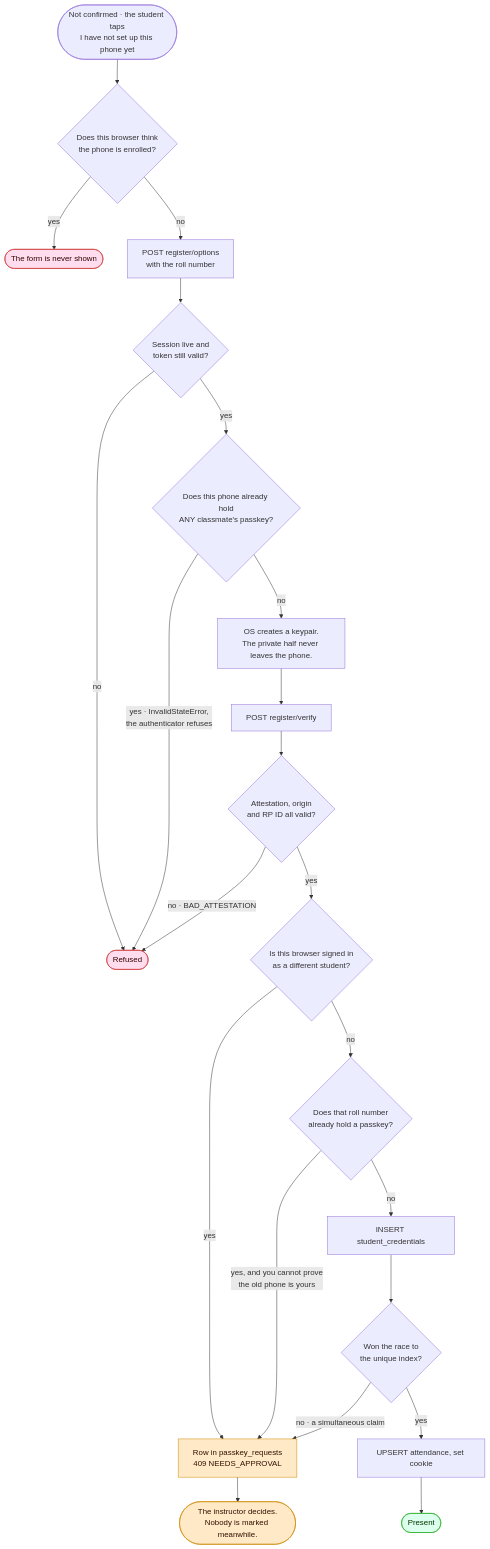
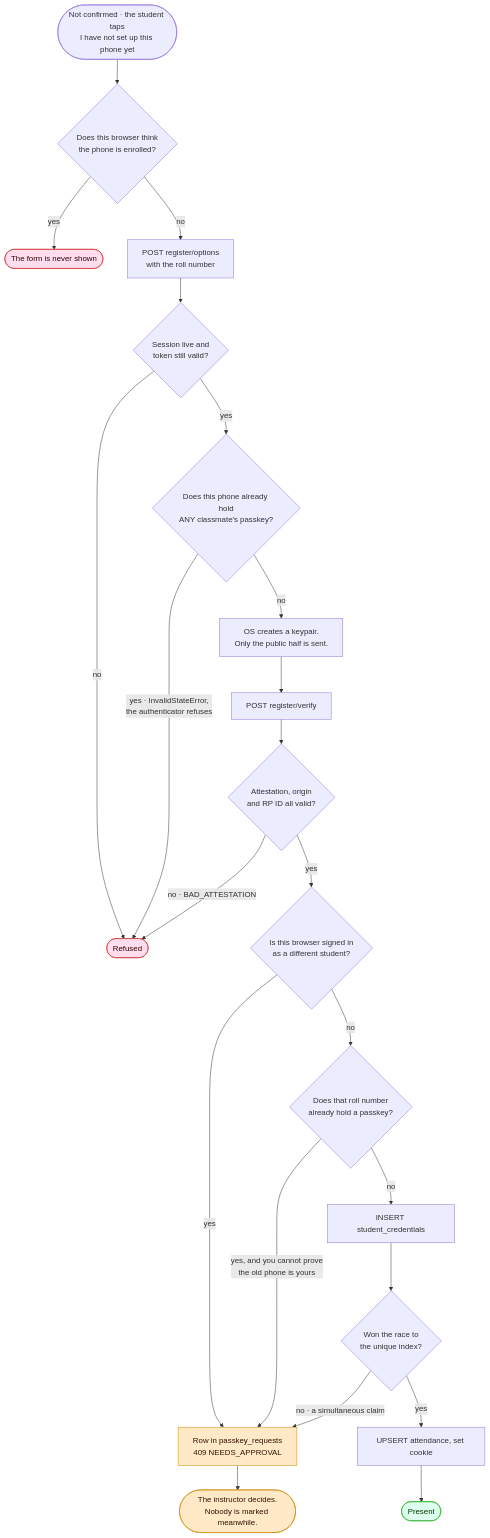
One commit to dibya-roy-sundar/APP_Attendance changed the fourth of 8 diagrams in README.md. Above: the diagram before and after it, drawn with Mermaid. The commit also changed other lines of this file and 1 other file, not shown here.

````diff
--- a/README.md
+++ b/README.md
@@ -180,29 +180,29 @@
 ```mermaid
 flowchart TD
   a(["Not confirmed · the student taps<br/>I have not set up this phone yet"]) --> flag{"Does this browser think<br/>the phone is enrolled?"}
   flag -- yes --> hide(["The form is never shown"]):::bad
   flag -- no --> opts["POST register/options<br/>with the roll number"]
   opts --> gate{"Session live and<br/>token still valid?"}
   gate -- no --> refused
   gate -- yes --> excl{"Does this phone already hold<br/>ANY classmate's passkey?"}
   excl -- "yes · InvalidStateError,<br/>the authenticator refuses" --> refused
-  excl -- no --> create["OS creates a keypair.<br/>The private half never leaves the phone."]
+  excl -- no --> create["OS creates a keypair.<br/>Only the public half is sent."]
   create --> verify["POST register/verify"]
   verify --> att{"Attestation, origin<br/>and RP ID all valid?"}
   att -- "no · BAD_ATTESTATION" --> refused
   att -- yes --> other{"Is this browser signed in<br/>as a different student?"}
   other -- yes --> queue
   other -- no --> taken{"Does that roll number<br/>already hold a passkey?"}
   taken -- "yes, and you cannot prove<br/>the old phone is yours" --> queue
   taken -- no --> ins["INSERT student_credentials"]
   ins --> race{"Won the race to<br/>the unique index?"}
   race -- "no · a simultaneous claim" --> queue
   race -- yes --> mark["UPSERT attendance, set cookie"]
   mark --> done(["Present"]):::good
   queue["Row in passkey_requests<br/>409 NEEDS_APPROVAL"]:::warn --> wait(["The instructor decides.<br/>Nobody is marked meanwhile."]):::warn
   refused(["Refused"]):::bad
 
   classDef bad fill:#fde,stroke:#c33,color:#300
   classDef warn fill:#ffe9c7,stroke:#c80,color:#310
   classDef good fill:#dfe,stroke:#2a2,color:#030
 ```
````
